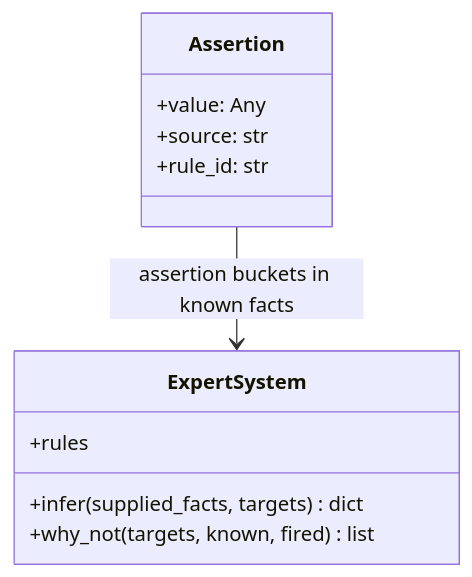
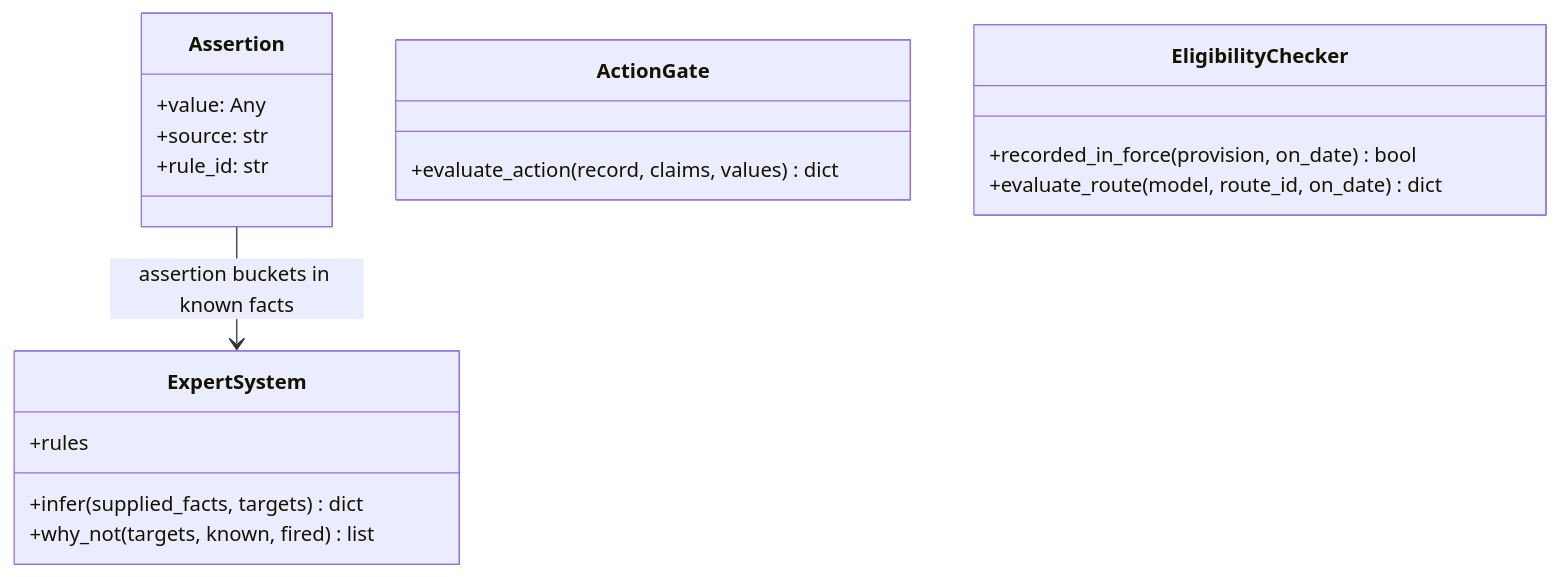
Before and after one commit to bitkojine/bitcoin-bridge-research: the fifth of 5 diagrams in docs/architecture-c4.md, drawn with Mermaid. The commit also changed other lines of this file and 1 other file, not shown here.

Commit message:
Bring C4 architecture documentation in line with reality

````diff
--- a/docs/architecture-c4.md
+++ b/docs/architecture-c4.md
@@ -157,14 +183,21 @@
 ```mermaid
 classDiagram
     class Assertion {
         +value: Any
         +source: str
         +rule_id: str
     }
     class ExpertSystem {
         +rules
         +infer(supplied_facts, targets) dict
         +why_not(targets, known, fired) list
     }
     Assertion --> ExpertSystem : assertion buckets in known facts
+    class ActionGate {
+        +evaluate_action(record, claims, values) dict
+    }
+    class EligibilityChecker {
+        +recorded_in_force(provision, on_date) bool
+        +evaluate_route(model, route_id, on_date) dict
+    }
 ```
````
